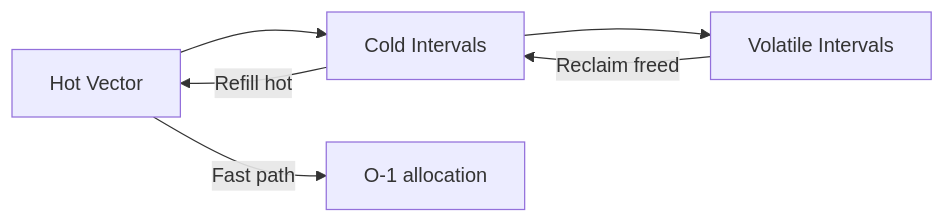
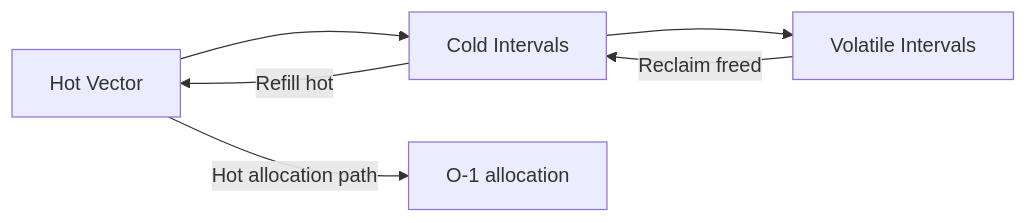
Before and after one commit to nexepic/zyx: the third of 3 diagrams in docs/apps/docs/content/docs/en/zyx/algorithms/segment-allocation.mdx, drawn with Mermaid. The commit also changed 267 other files, not shown here.

````diff
--- a/docs/apps/docs/content/docs/en/zyx/algorithms/segment-allocation.mdx
+++ b/docs/apps/docs/content/docs/en/zyx/algorithms/segment-allocation.mdx
@@ -80,9 +80,9 @@
 ```mermaid
 graph LR
     A[Hot Vector] --> B[Cold Intervals]
     B --> C[Volatile Intervals]
 
-    A -->|Fast path| D[O-1 allocation]
+    A -->|Hot allocation path| D[O-1 allocation]
     B -->|Refill hot| A
     C -->|Reclaim freed| B
 ```
````
